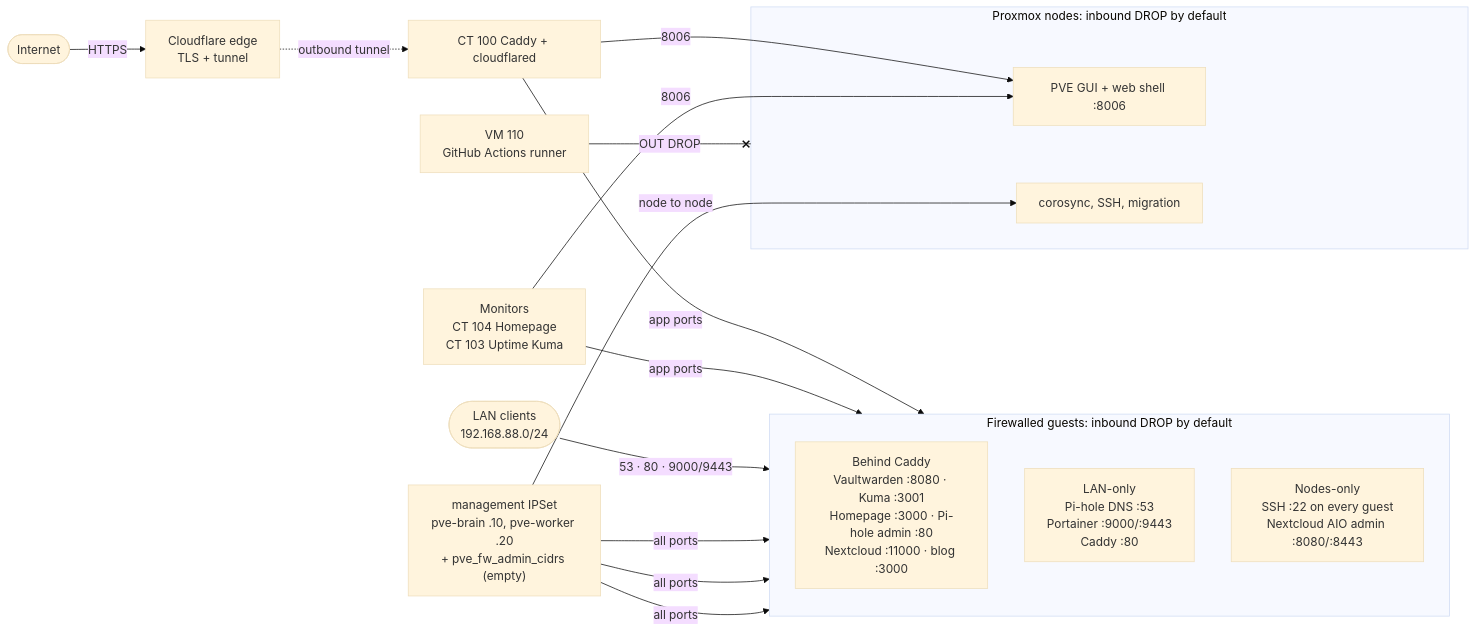
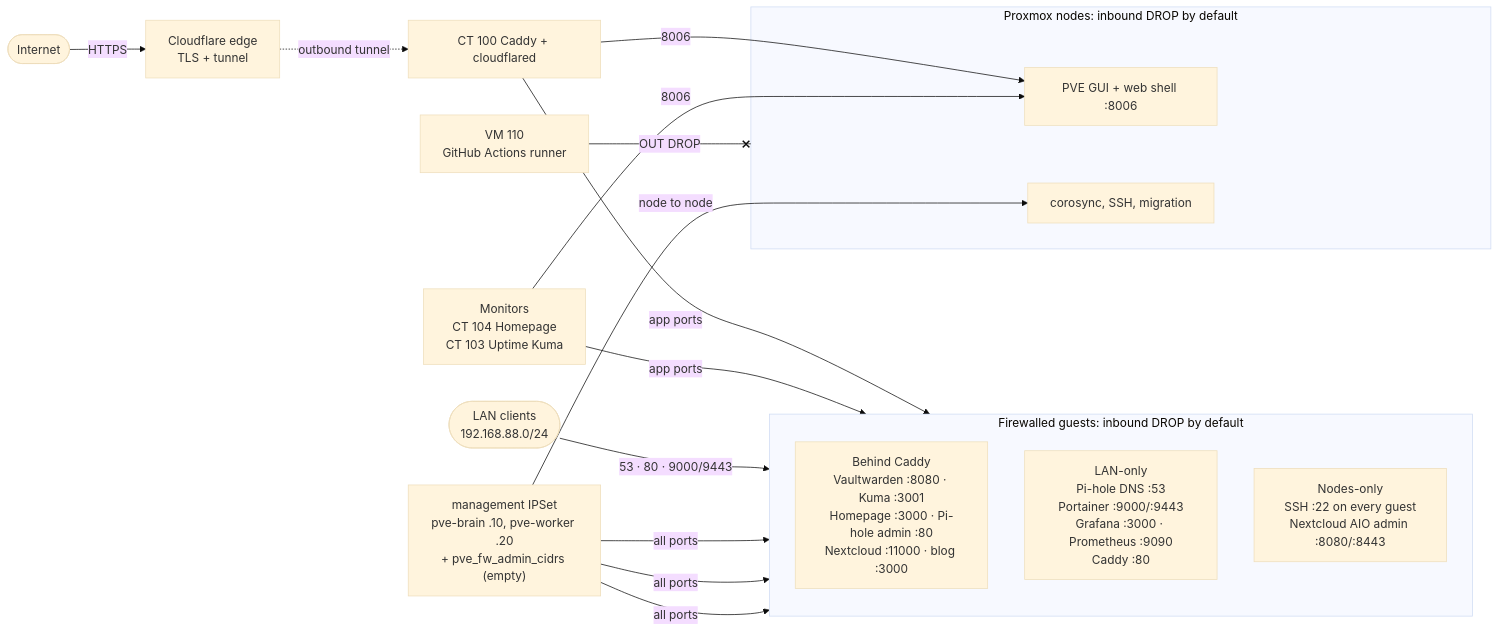
The diagram in docs/firewall.md (Boris-Jancic/proxmox-selfhosted-infra), drawn with Mermaid (base theme) before and after one commit. The commit also changed other lines of this file and 23 other files, not shown here.

Commit message:
feat(monitoring): add Prometheus, Grafana, pve-exporter and node_exporter

````diff
--- a/docs/firewall.md
+++ b/docs/firewall.md
@@ -17,31 +17,31 @@
 ```mermaid
 flowchart LR
     internet(["Internet"]) -->|HTTPS| cf["Cloudflare edge<br/>TLS + tunnel"]
     cf -.->|"outbound tunnel"| caddy["CT 100 Caddy + cloudflared"]
 
     lanc(["LAN clients<br/>192.168.88.0/24"])
     mon["Monitors<br/>CT 104 Homepage<br/>CT 103 Uptime Kuma"]
     mgmt["management IPSet<br/>pve-brain .10, pve-worker .20<br/>+ pve_fw_admin_cidrs (empty)"]
     runner["VM 110<br/>GitHub Actions runner"]
 
     subgraph apps["Firewalled guests: inbound DROP by default"]
         direction TB
         web["Behind Caddy<br/>Vaultwarden :8080 · Kuma :3001<br/>Homepage :3000 · Pi-hole admin :80<br/>Nextcloud :11000 · blog :3000"]
-        lanonly["LAN-only<br/>Pi-hole DNS :53<br/>Portainer :9000/:9443<br/>Caddy :80"]
+        lanonly["LAN-only<br/>Pi-hole DNS :53<br/>Portainer :9000/:9443<br/>Grafana :3000 · Prometheus :9090<br/>Caddy :80"]
         adminonly["Nodes-only<br/>SSH :22 on every guest<br/>Nextcloud AIO admin :8080/:8443"]
     end
 
     subgraph nodes["Proxmox nodes: inbound DROP by default"]
         gui["PVE GUI + web shell :8006"]
         coro["corosync, SSH, migration"]
     end
 
     caddy -->|"app ports"| web
     caddy -->|"8006"| gui
     mon -->|"app ports"| web
     mon -->|"8006"| gui
     lanc -->|"53 · 80 · 9000/9443"| lanonly
     mgmt -->|"all ports"| web & lanonly & adminonly
     mgmt -->|"node to node"| coro
     runner --x|"OUT DROP"| nodes
 ```
````
